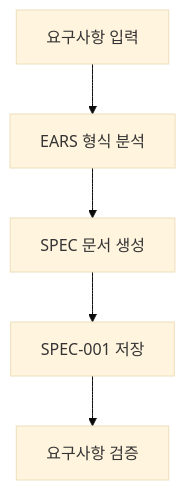
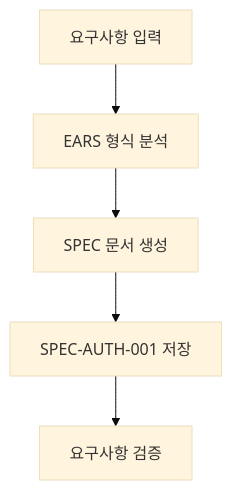
The second of 9 diagrams in docs-site/content/ko/getting-started/quickstart.md (modu-ai/moai-adk), drawn with Mermaid (base theme) before and after one commit. The commit also changed other lines of this file and 5 other files, not shown here.

````diff
--- a/docs-site/content/ko/getting-started/quickstart.md
+++ b/docs-site/content/ko/getting-started/quickstart.md
@@ -97,7 +97,7 @@
 ```mermaid
 flowchart TB
     A["요구사항 입력"] --> B["EARS 형식 분석"]
     B --> C["SPEC 문서 생성"]
-    C --> D["SPEC-001 저장"]
+    C --> D["SPEC-AUTH-001 저장"]
     D --> E["요구사항 검증"]
 ```
````
